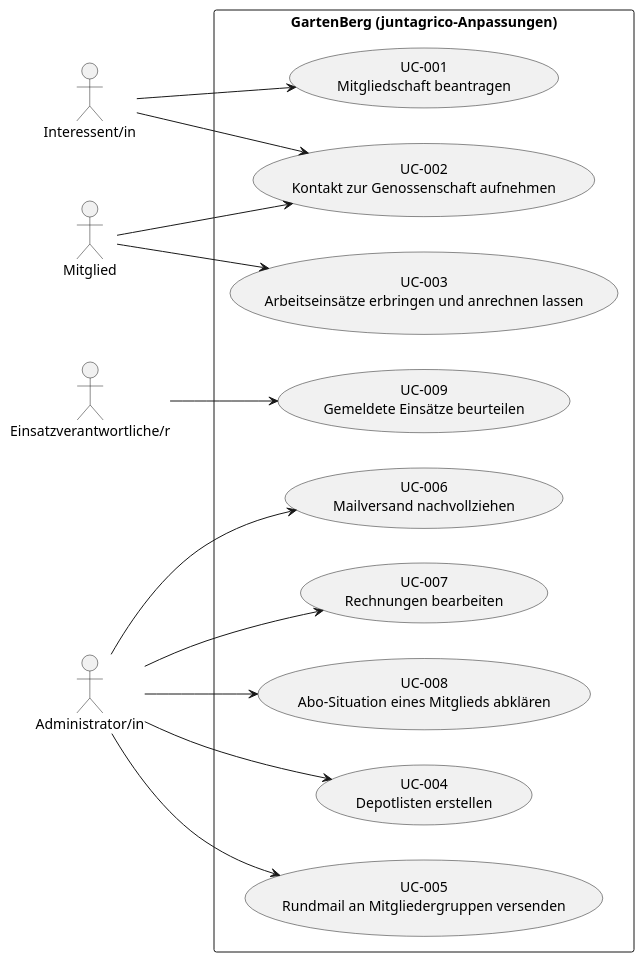
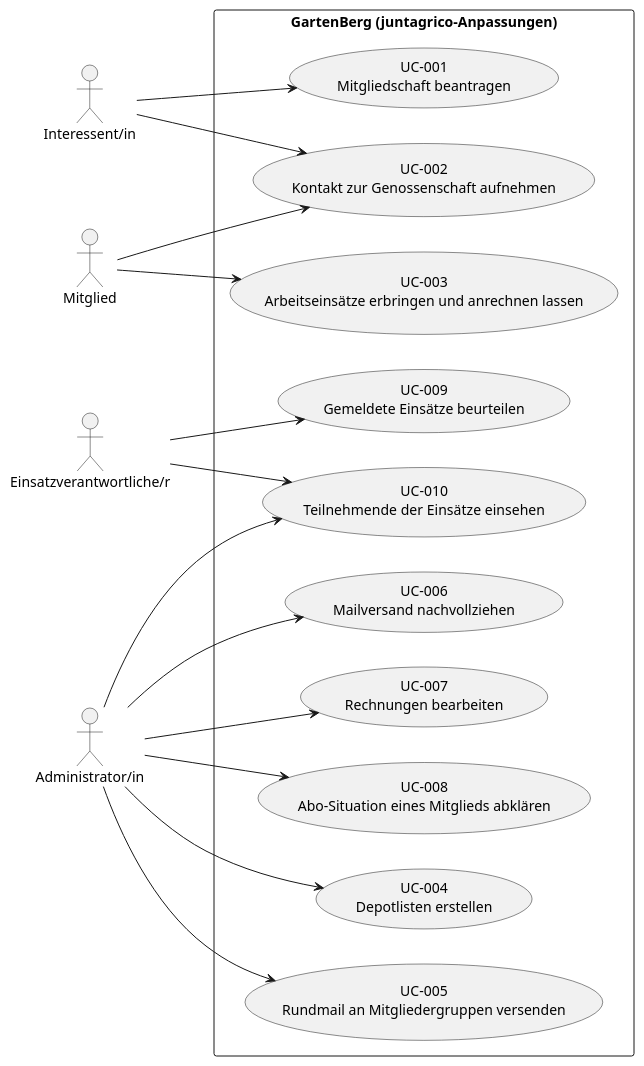
The diagram in docs/use_cases.puml (gartenbergCH/gartenberg), drawn with PlantUML before and after one commit. The commit also changed 14 other files, not shown here.

```diff
--- a/docs/use_cases.puml
+++ b/docs/use_cases.puml
@@ -1,35 +1,38 @@
 @startuml Use Cases Overview
 left to right direction
 
 actor "Interessent/in" as prospect
 actor "Mitglied" as member
 actor "Einsatzverantwortliche/r" as approver
 actor "Administrator/in" as admin
 
 rectangle "GartenBerg (juntagrico-Anpassungen)" {
     usecase "UC-001\nMitgliedschaft beantragen" as UC001
     usecase "UC-002\nKontakt zur Genossenschaft aufnehmen" as UC002
     usecase "UC-003\nArbeitseinsätze erbringen und anrechnen lassen" as UC003
     usecase "UC-004\nDepotlisten erstellen" as UC004
     usecase "UC-005\nRundmail an Mitgliedergruppen versenden" as UC005
     usecase "UC-006\nMailversand nachvollziehen" as UC006
     usecase "UC-007\nRechnungen bearbeiten" as UC007
     usecase "UC-008\nAbo-Situation eines Mitglieds abklären" as UC008
     usecase "UC-009\nGemeldete Einsätze beurteilen" as UC009
+    usecase "UC-010\nTeilnehmende der Einsätze einsehen" as UC010
 }
 
 prospect --> UC001
 prospect --> UC002
 
 member --> UC002
 member --> UC003
 
 approver --> UC009
+approver --> UC010
 
 admin --> UC004
 admin --> UC005
 admin --> UC006
 admin --> UC007
 admin --> UC008
+admin --> UC010
 
 @enduml
```
